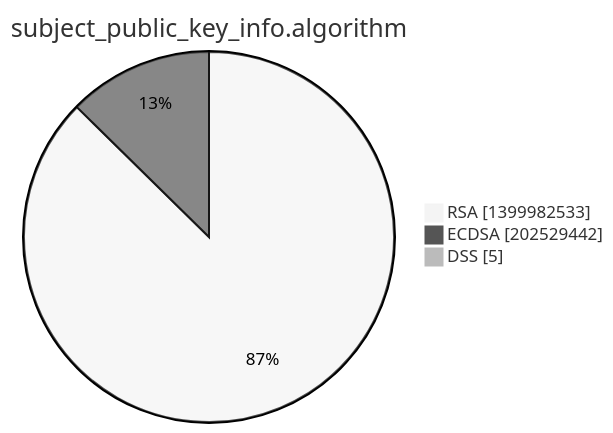
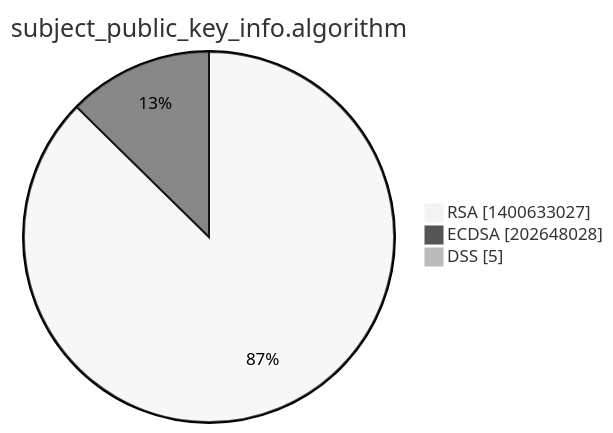
The third of 15 diagrams in xenon2022/README.md (christiankrug/ctmonitor_visualization), drawn with Mermaid (neutral theme) before and after one commit. The commit also changed other lines of this file, not shown here.

````diff
--- a/xenon2022/README.md
+++ b/xenon2022/README.md
@@ -14,7 +14,7 @@
 ```mermaid
 pie showData
 title subject_public_key_info.algorithm
-"RSA" :1399982533
-"ECDSA" :202529442
+"RSA" :1400633027
+"ECDSA" :202648028
 "DSS" :5
 ```
````
